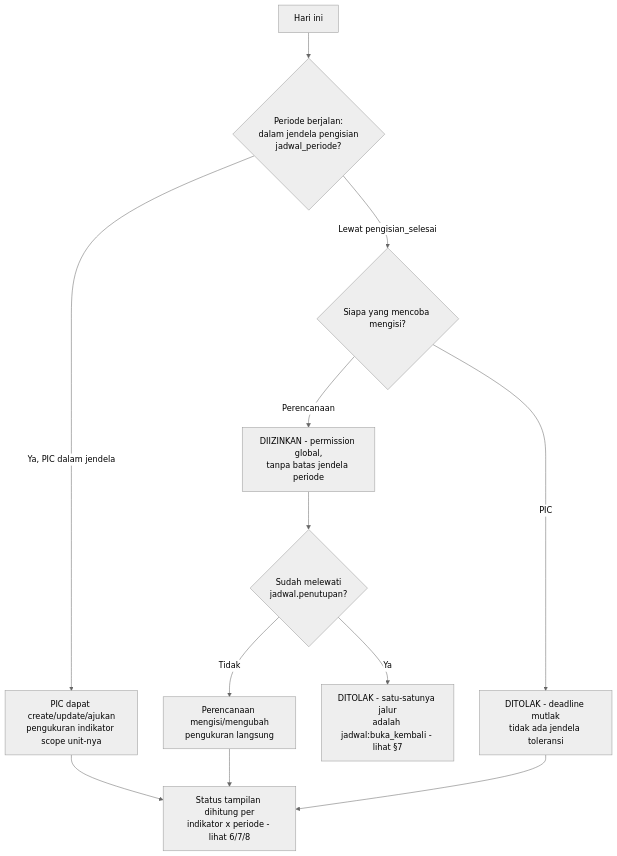
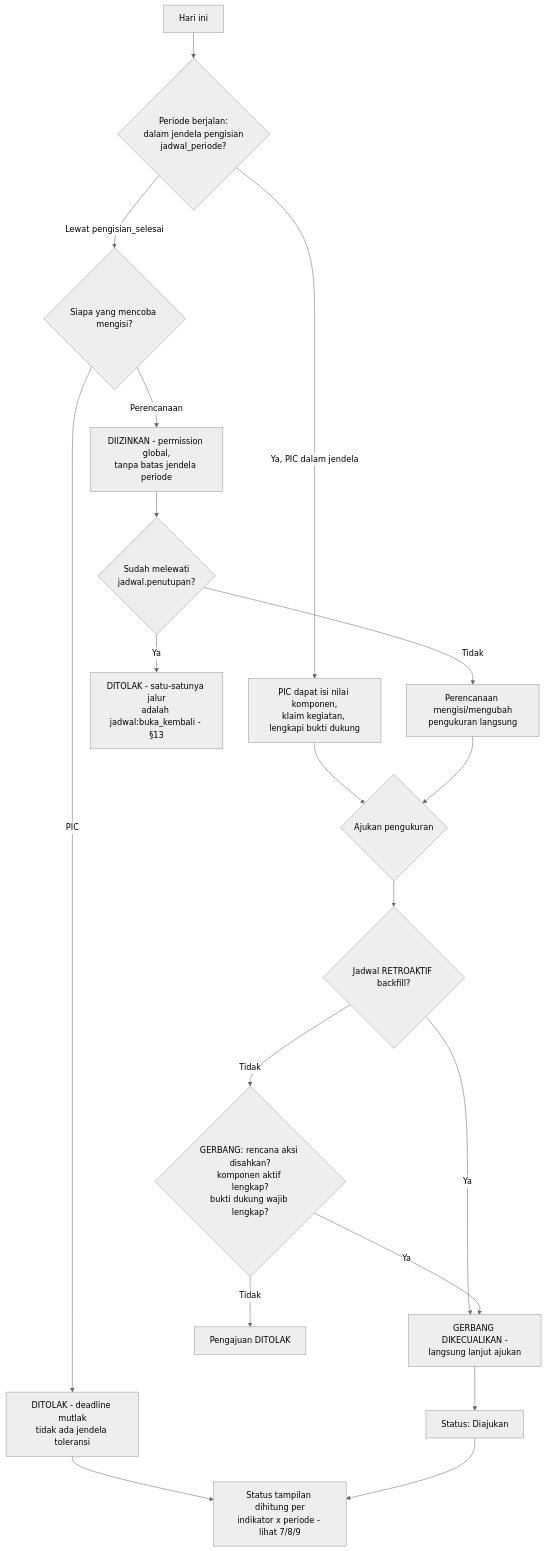
Diagram 11 of 22 in document/SAKIP - Workflow.md (LLDIKTI-XVI-TEAM/SAKIP), drawn with Mermaid (neutral theme) before and after one commit. The commit also changed other lines of this file and 4 other files, not shown here.

````diff
--- a/document/SAKIP - Workflow.md
+++ b/document/SAKIP - Workflow.md
@@ -301,14 +1004,21 @@
 ```mermaid
 flowchart TD
     A[Hari ini] --> B{Periode berjalan:\ndalam jendela pengisian\njadwal_periode?}
-    B -- Ya, PIC dalam jendela --> C[PIC dapat create/update/ajukan\npengukuran indikator scope unit-nya]
+    B -- Ya, PIC dalam jendela --> C[PIC dapat isi nilai komponen,\nklaim kegiatan, lengkapi bukti dukung]
     B -- Lewat pengisian_selesai --> D{Siapa yang mencoba mengisi?}
     D -- PIC --> E[DITOLAK - deadline mutlak\ntidak ada jendela toleransi]
     D -- Perencanaan --> F[DIIZINKAN - permission global,\ntanpa batas jendela periode]
     F --> G{Sudah melewati\njadwal.penutupan?}
-    G -- Ya --> H[DITOLAK - satu-satunya jalur\nadalah jadwal:buka_kembali - lihat §7]
+    G -- Ya --> H[DITOLAK - satu-satunya jalur\nadalah jadwal:buka_kembali - §13]
     G -- Tidak --> I[Perencanaan mengisi/mengubah\npengukuran langsung]
-    C --> J[Status tampilan dihitung per\nindikator x periode - lihat 6/7/8]
+    C --> J{Ajukan pengukuran}
     I --> J
-    E --> J
+    J --> K{Jadwal RETROAKTIF backfill?}
+    K -- Ya --> L[GERBANG DIKECUALIKAN -\nlangsung lanjut ajukan]
+    K -- Tidak --> M{GERBANG: rencana aksi disahkan?\nkomponen aktif lengkap?\nbukti dukung wajib lengkap?}
+    M -- Tidak --> N[Pengajuan DITOLAK]
+    M -- Ya --> L
+    L --> O[Status: Diajukan]
+    E --> P[Status tampilan dihitung per\nindikator x periode - lihat 7/8/9]
+    O --> P
 ```
````
